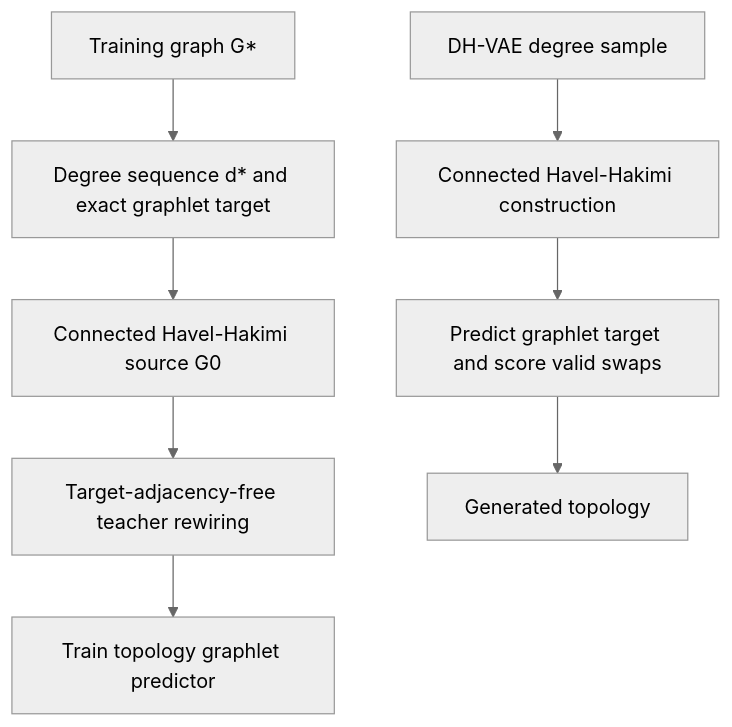
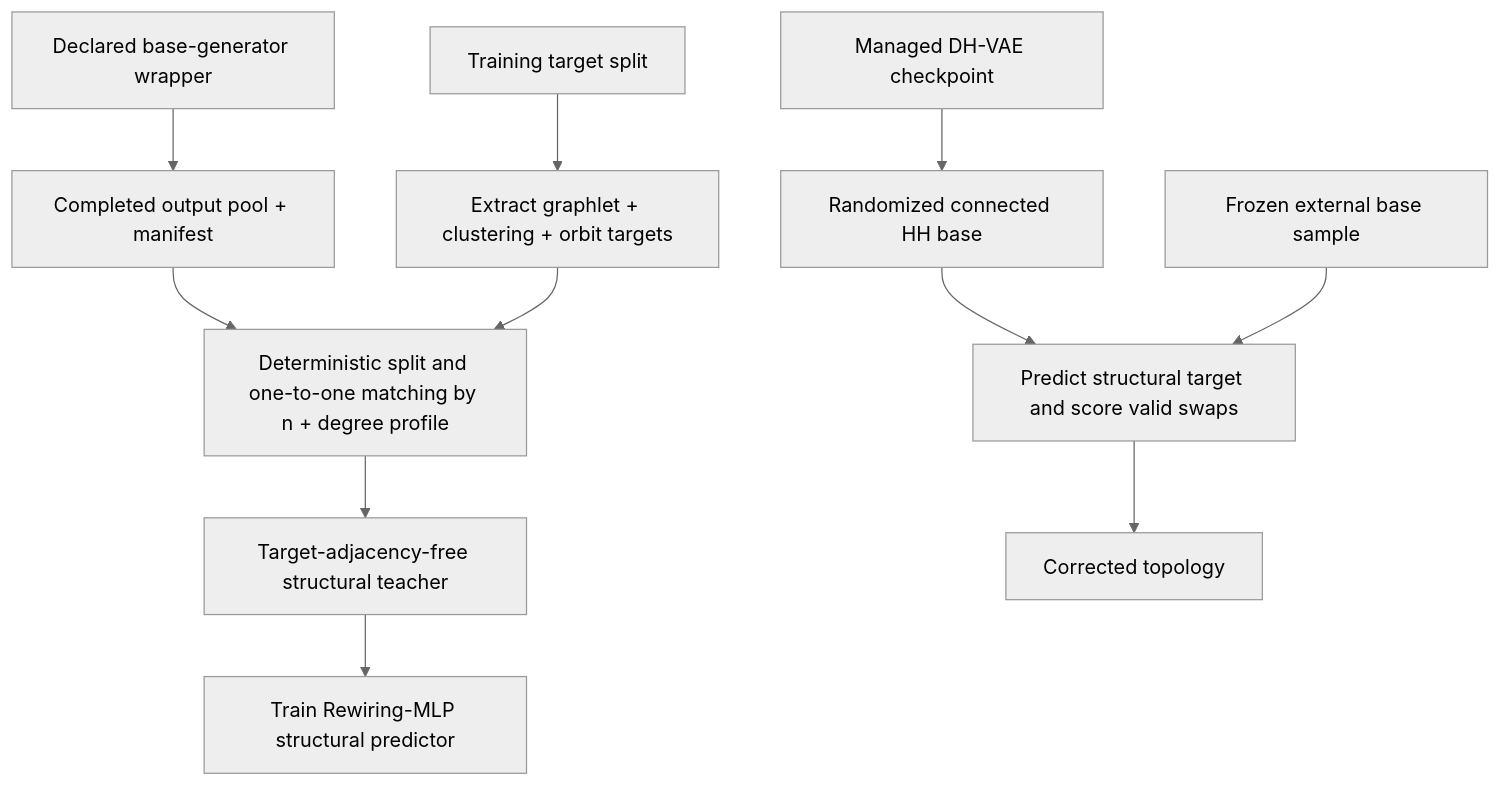
The diagram in README.md (nngu6036/graphes), drawn with Mermaid (neutral theme) before and after one commit. The commit also changed other lines of this file and 23 other files, not shown here.

````diff
--- a/README.md
+++ b/README.md
@@ -163,10 +179,13 @@
 ```mermaid
 flowchart TD
-    G["Training graph G*"] --> S["Degree sequence d* and exact graphlet target"]
-    S --> H["Connected Havel-Hakimi source G0"]
-    H --> T["Target-adjacency-free teacher rewiring"]
-    T --> P["Train topology graphlet predictor"]
-    D["DH-VAE degree sample"] --> C["Connected Havel-Hakimi construction"]
-    C --> R["Predict graphlet target and score valid swaps"]
-    R --> O["Generated topology"]
+    B["Declared base-generator wrapper"] --> U["Completed output pool + manifest"]
+    G["Training target split"] --> F["Extract graphlet + clustering + orbit targets"]
+    U --> M["Deterministic split and one-to-one matching by n + degree profile"]
+    F --> M
+    M --> T["Target-adjacency-free structural teacher"]
+    T --> P["Train Rewiring-MLP structural predictor"]
+    D["Managed DH-VAE checkpoint"] --> C["Randomized connected HH base"]
+    C --> R["Predict structural target and score valid swaps"]
+    X["Frozen external base sample"] --> R
+    R --> O["Corrected topology"]
 ```
````
